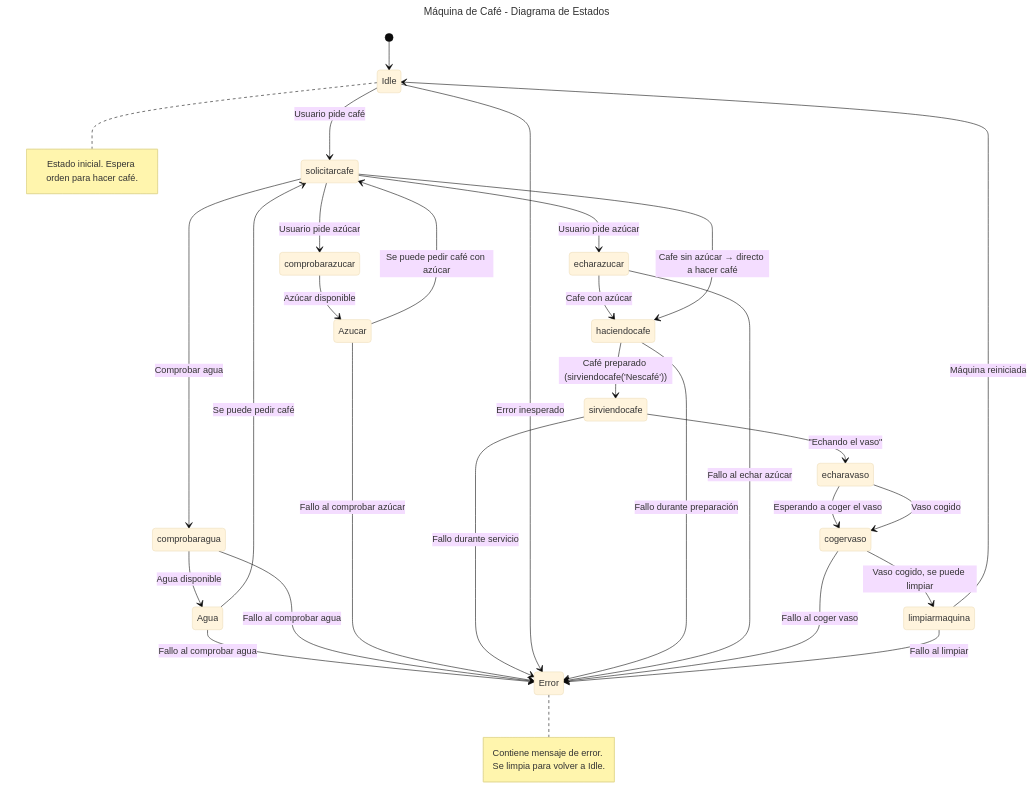
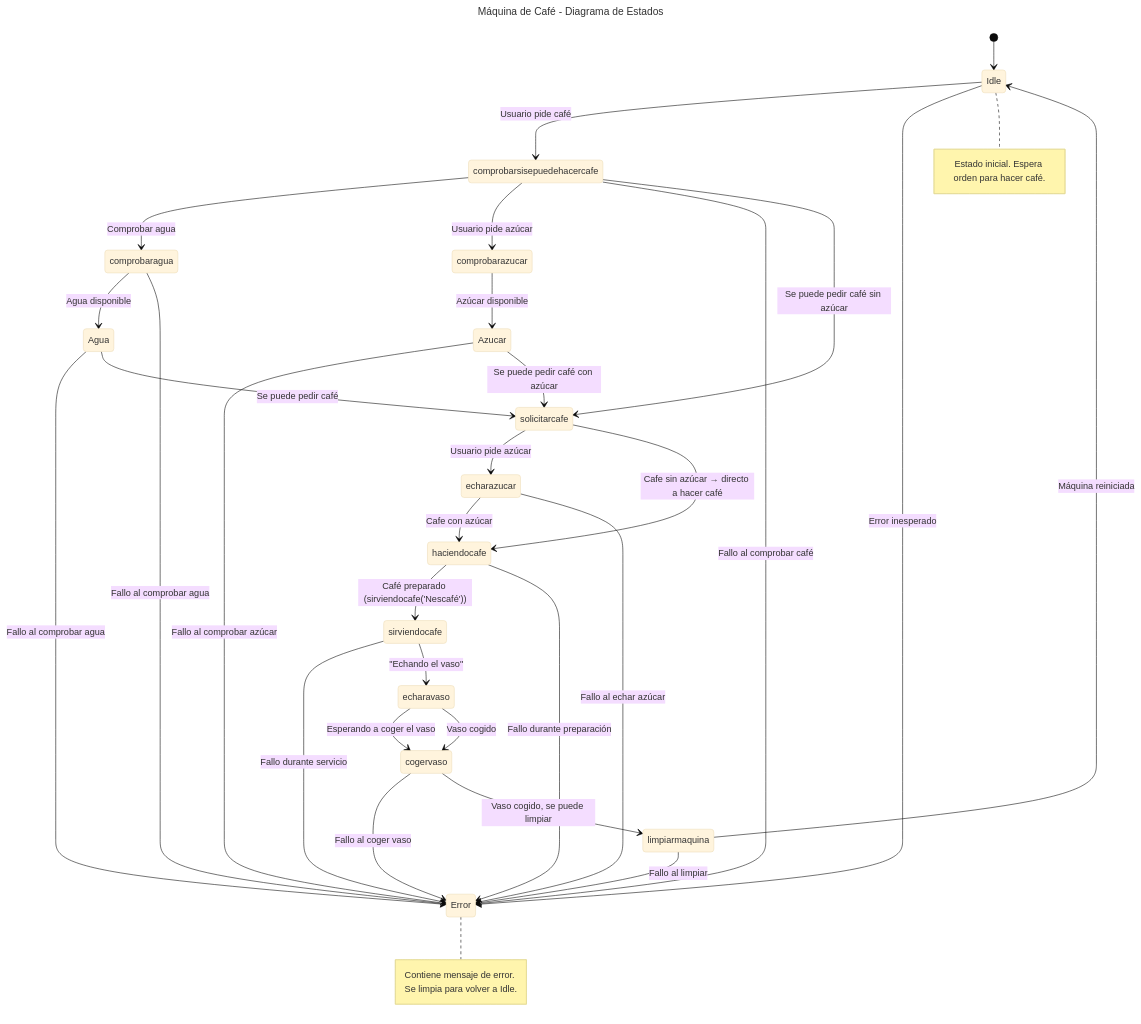
The diagram in 1trabajo/src/diagrama.mmd (shermidagre/PMDM), drawn with Mermaid (base theme) before and after one commit.

Commit message:
random para probar

```diff
--- a/1trabajo/src/diagrama.mmd
+++ b/1trabajo/src/diagrama.mmd
@@ -1,36 +1,38 @@
 ---
 title: Máquina de Café - Diagrama de Estados
 ---
 stateDiagram-v2
 [*] --> Idle
-Idle --> solicitarcafe: Usuario pide café
+Idle --> comprobarsisepuedehacercafe: Usuario pide café
 
-solicitarcafe --> comprobaragua: Comprobar agua
+comprobarsisepuedehacercafe --> comprobaragua: Comprobar agua
 comprobaragua --> Agua: Agua disponible
 Agua --> Error: Fallo al comprobar agua
 Agua --> solicitarcafe: Se puede pedir café
 comprobaragua --> Error: Fallo al comprobar agua
 
-solicitarcafe --> comprobarazucar : Usuario pide azúcar
+comprobarsisepuedehacercafe --> comprobarazucar : Usuario pide azúcar
 comprobarazucar --> Azucar: Azúcar disponible
 Azucar --> Error: Fallo al comprobar azúcar
 Azucar --> solicitarcafe: Se puede pedir café con azúcar
 
+comprobarsisepuedehacercafe --> Error: Fallo al comprobar café
+comprobarsisepuedehacercafe --> solicitarcafe: Se puede pedir café sin azúcar
 solicitarcafe --> echarazucar: Usuario pide azúcar
 echarazucar --> haciendocafe: Cafe con azúcar
 
 solicitarcafe --> haciendocafe: Cafe sin azúcar → directo a hacer café
 haciendocafe --> sirviendocafe: Café preparado (sirviendocafe('Nescafé'))
 sirviendocafe --> Error: Fallo durante servicio
 Idle --> Error: Error inesperado
 haciendocafe --> Error: Fallo durante preparación
 echarazucar --> Error: Fallo al echar azúcar
 sirviendocafe --> echaravaso: "Echando el vaso"
 echaravaso --> cogervaso: Esperando a coger el vaso
 cogervaso --> Error: Fallo al coger vaso
 echaravaso --> cogervaso: Vaso cogido
 cogervaso --> limpiarmaquina:  Vaso cogido, se puede limpiar
 limpiarmaquina --> Idle: Máquina reiniciada
 limpiarmaquina --> Error: Fallo al limpiar
 note right of Idle: Estado inicial. Espera orden para hacer café.
 note right of Error: Contiene mensaje de error. Se limpia para volver a Idle.
```
